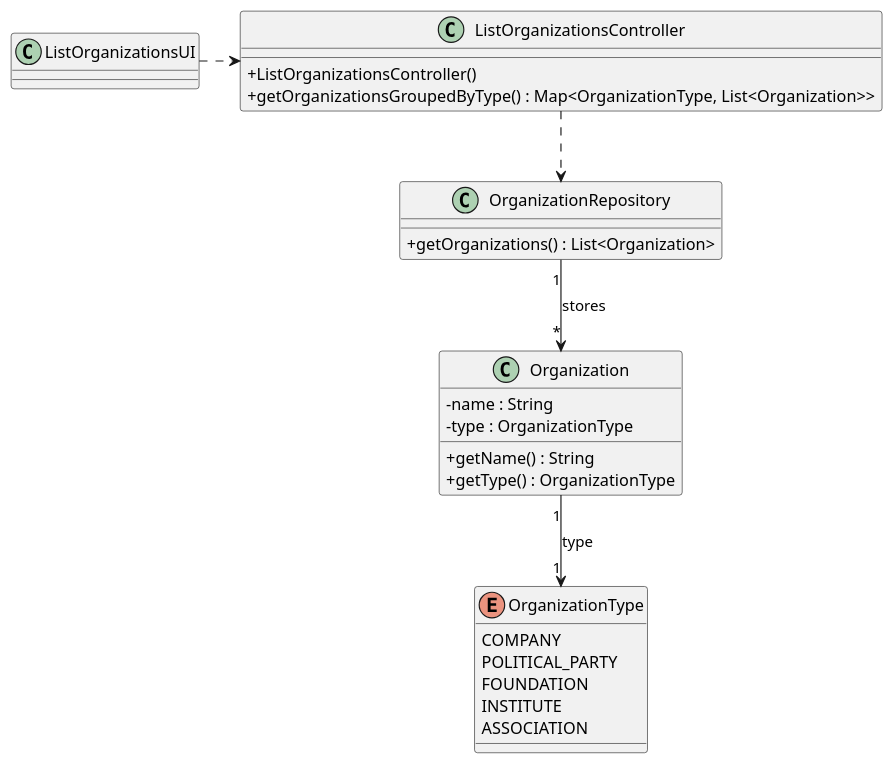
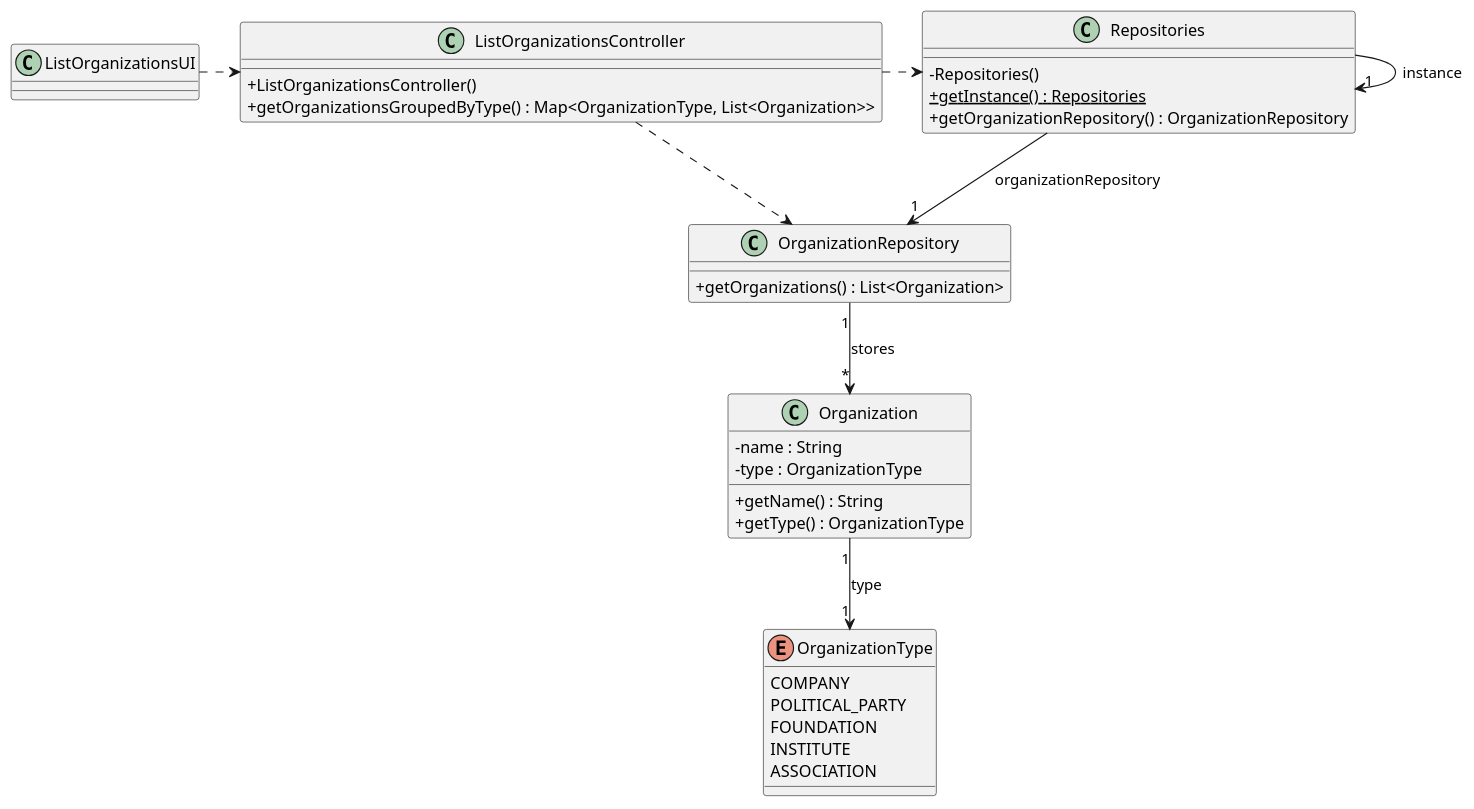
The diagram in docs/system-documentation/US03/03.design/puml/US03-CD.puml (brunodspinto/crystal-clear-platform), drawn with PlantUML before and after one commit. The commit also changed 11 other files, not shown here.

Commit message:
Updated design diagrams and svgs

```diff
--- a/docs/system-documentation/US03/03.design/puml/US03-CD.puml
+++ b/docs/system-documentation/US03/03.design/puml/US03-CD.puml
@@ -1,39 +1,48 @@
 @startuml US03-CD
 skinparam packageStyle rectangle
 skinparam shadowing false
 skinparam linetype polyline
 skinparam classAttributeIconSize 0
 
 class ListOrganizationsUI {
 }
 
 class ListOrganizationsController {
     + ListOrganizationsController()
     + getOrganizationsGroupedByType() : Map<OrganizationType, List<Organization>>
 }
 
 class OrganizationRepository {
     + getOrganizations() : List<Organization>
 }
 
+class Repositories {
+    - Repositories()
+    + {static} getInstance() : Repositories
+    + getOrganizationRepository() : OrganizationRepository
+}
+
 class Organization {
     - name : String
     - type : OrganizationType
     + getName() : String
     + getType() : OrganizationType
 }
 
 enum OrganizationType {
     COMPANY
     POLITICAL_PARTY
     FOUNDATION
     INSTITUTE
     ASSOCIATION
 }
 
 ListOrganizationsUI .> ListOrganizationsController
+ListOrganizationsController .> Repositories
 ListOrganizationsController ..> OrganizationRepository
+Repositories -> "1" Repositories : instance
+Repositories --> "1" OrganizationRepository : organizationRepository
 OrganizationRepository "1" --> "*" Organization : stores
 Organization "1" --> "1" OrganizationType : type
 
 @enduml
```
